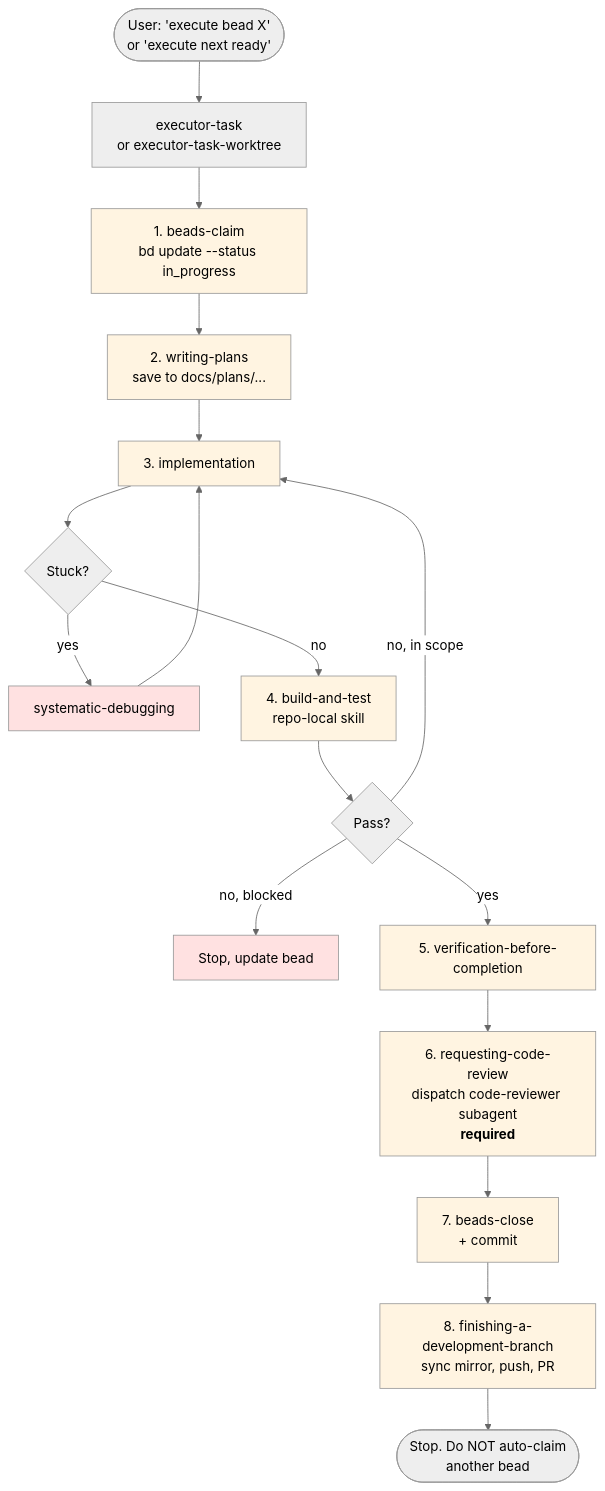
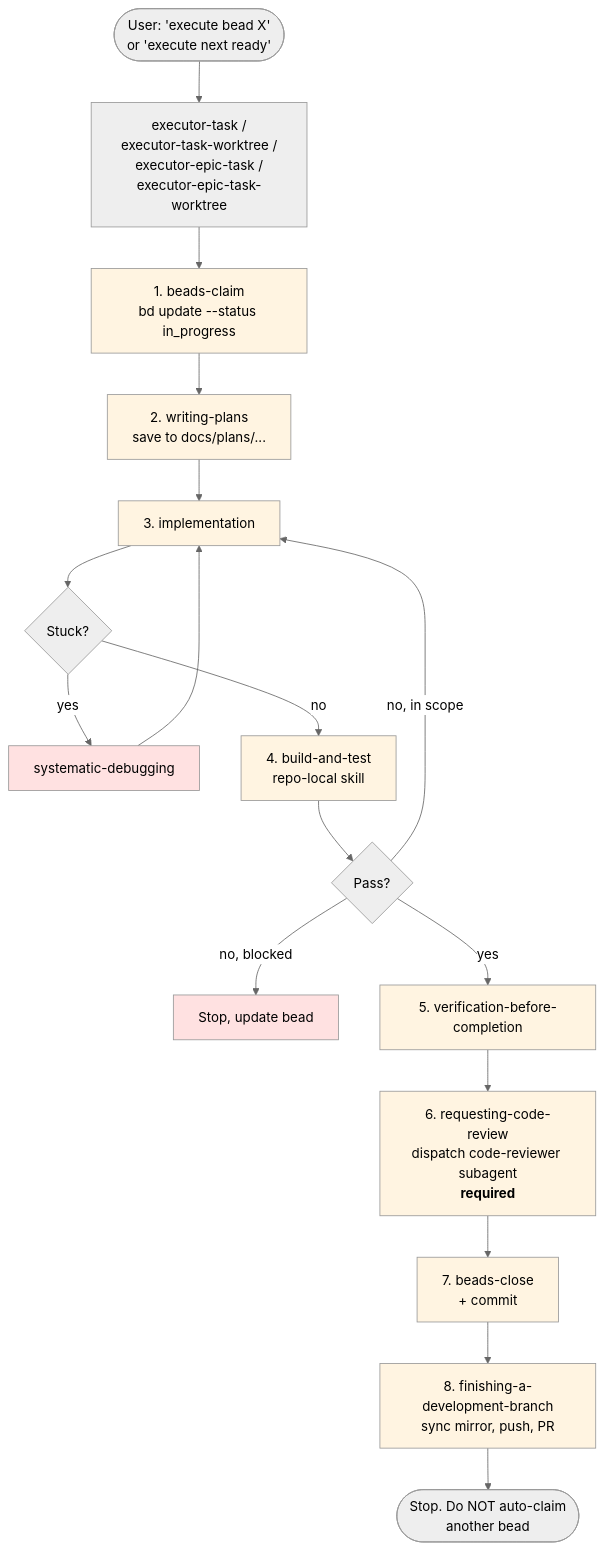
The third of 5 diagrams in docs/SKILLS_RELATIONSHIPS.md (jsiovn/workflow-template), drawn with Mermaid (neutral theme) before and after one commit. The commit also changed other lines of this file and 10 other files, not shown here.

First line of the commit message:
Add executor-epic-task{,-worktree} skills for epic-branch delivery

````diff
--- a/docs/SKILLS_RELATIONSHIPS.md
+++ b/docs/SKILLS_RELATIONSHIPS.md
@@ -119,30 +130,30 @@
 ```mermaid
 flowchart TD
-    START([User: 'execute bead X'<br/>or 'execute next ready']) --> ET[executor-task<br/>or executor-task-worktree]
+    START([User: 'execute bead X'<br/>or 'execute next ready']) --> ET[executor-task /<br/>executor-task-worktree /<br/>executor-epic-task /<br/>executor-epic-task-worktree]
     ET --> S1[1. beads-claim<br/>bd update --status in_progress]
     S1 --> S2[2. writing-plans<br/>save to docs/plans/...]
     S2 --> S3[3. implementation]
     S3 --> Q1{Stuck?}
     Q1 -->|yes| SD[systematic-debugging]
     SD --> S3
     Q1 -->|no| S4[4. build-and-test<br/>repo-local skill]
     S4 --> Q2{Pass?}
     Q2 -->|no, in scope| S3
     Q2 -->|no, blocked| BLOCK[Stop, update bead]
     Q2 -->|yes| S5[5. verification-before-completion]
     S5 --> S6[6. requesting-code-review<br/>dispatch code-reviewer subagent<br/><b>required</b>]
     S6 --> S7[7. beads-close<br/>+ commit]
     S7 --> S8[8. finishing-a-development-branch<br/>sync mirror, push, PR]
     S8 --> END([Stop. Do NOT auto-claim<br/>another bead])
 
     style S1 fill:#fff4e1
     style S2 fill:#fff4e1
     style S3 fill:#fff4e1
     style S4 fill:#fff4e1
     style S5 fill:#fff4e1
     style S6 fill:#fff4e1
     style S7 fill:#fff4e1
     style S8 fill:#fff4e1
     style SD fill:#ffe1e1
     style BLOCK fill:#ffe1e1
 ```
````
